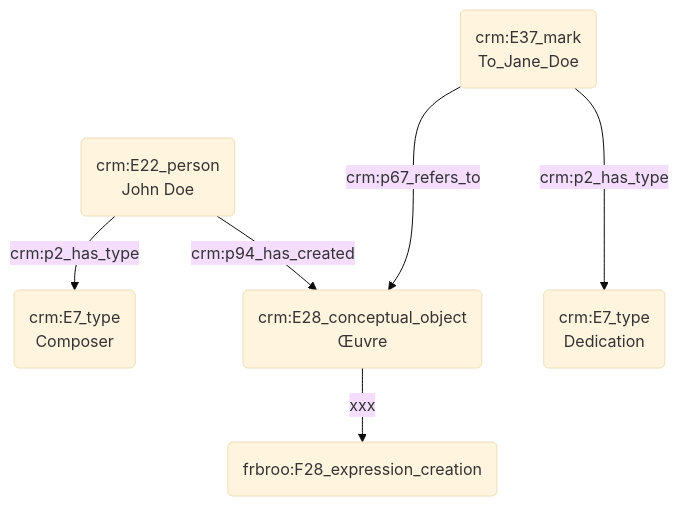
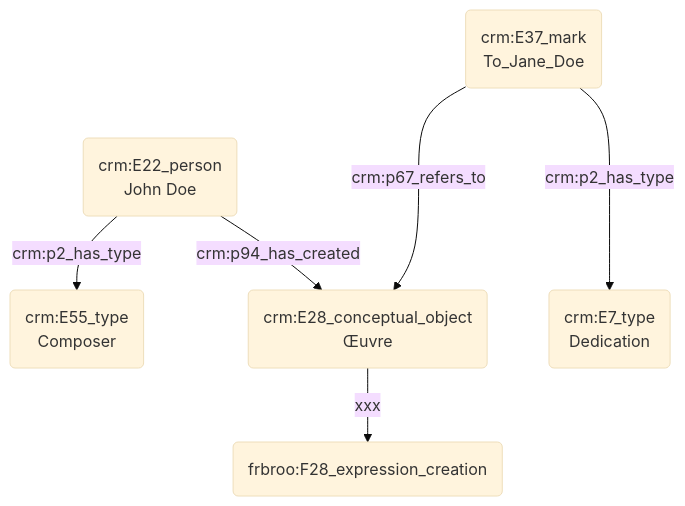
Before and after one commit to Amleth/consortium-musica2-gt2-ontologies: the diagram in modules/livrables/Dossier 2/Indexation conceptuelle/dédicataire d'une œuvre.md, drawn with Mermaid (base theme).

Commit message:
Update dédicataire d'une œuvre.md

````diff
--- a/modules/livrables/Dossier 2/Indexation conceptuelle/dédicataire d'une œuvre.md
+++ b/modules/livrables/Dossier 2/Indexation conceptuelle/dédicataire d'une œuvre.md
@@ -13,10 +13,10 @@
 ```mermaid
 graph TD;
 
-A(crm:E22_person<br>John Doe) --> |crm:p2_has_type| B(crm:E7_type<br>Composer)
+A(crm:E22_person<br>John Doe) --> |crm:p2_has_type| B(crm:E55_type<br>Composer)
 A(crm:E22_person<br>John Doe) --> |crm:p94_has_created| C(crm:E28_conceptual_object<br>Œuvre)
 D(crm:E37_mark<br>To_Jane_Doe) ---> |crm:p67_refers_to| C(crm:E28_conceptual_object<br>Œuvre)
 C(crm:E28_conceptual_object<br>Œuvre) --> |xxx| F(frbroo:F28_expression_creation)
 D(crm:E37_mark<br>To_Jane_Doe) ---> |crm:p2_has_type| E(crm:E7_type<br>Dedication)
 
 ```
````
